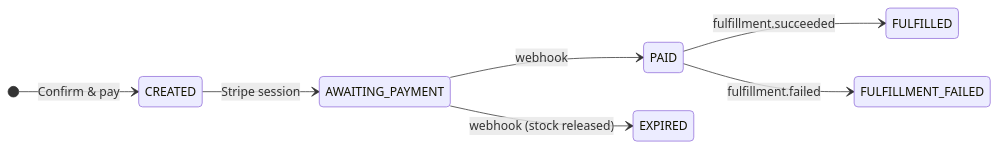
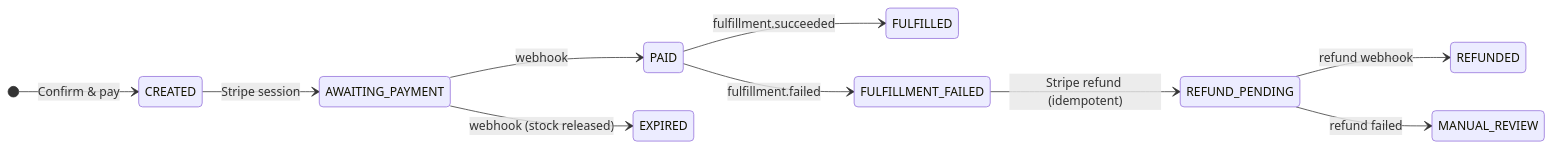
One commit to DAMILARE1012/SafeCart-Agentic-Checkout_Groq changed the second of 2 diagrams in README.md. Above: the diagram before and after it, drawn with Mermaid. The commit also changed other lines of this file and 31 other files, not shown here.

````diff
--- a/README.md
+++ b/README.md
@@ -45,10 +45,13 @@
 ```mermaid
 stateDiagram-v2
     direction LR
     [*] --> CREATED: Confirm & pay
     CREATED --> AWAITING_PAYMENT: Stripe session
     AWAITING_PAYMENT --> PAID: webhook
     AWAITING_PAYMENT --> EXPIRED: webhook (stock released)
     PAID --> FULFILLED: fulfillment.succeeded
     PAID --> FULFILLMENT_FAILED: fulfillment.failed
+    FULFILLMENT_FAILED --> REFUND_PENDING: Stripe refund (idempotent)
+    REFUND_PENDING --> REFUNDED: refund webhook
+    REFUND_PENDING --> MANUAL_REVIEW: refund failed
 ```
````
